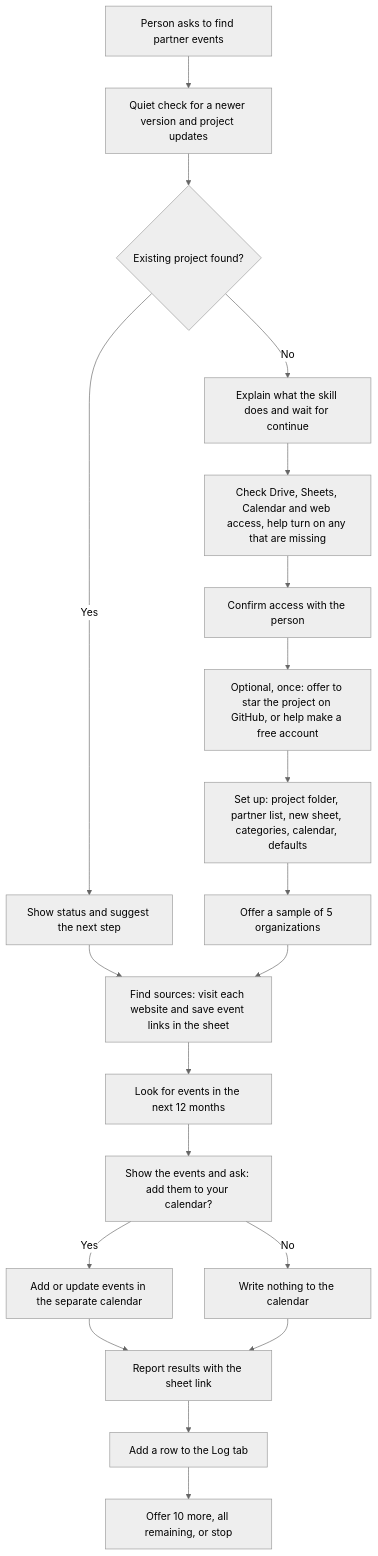
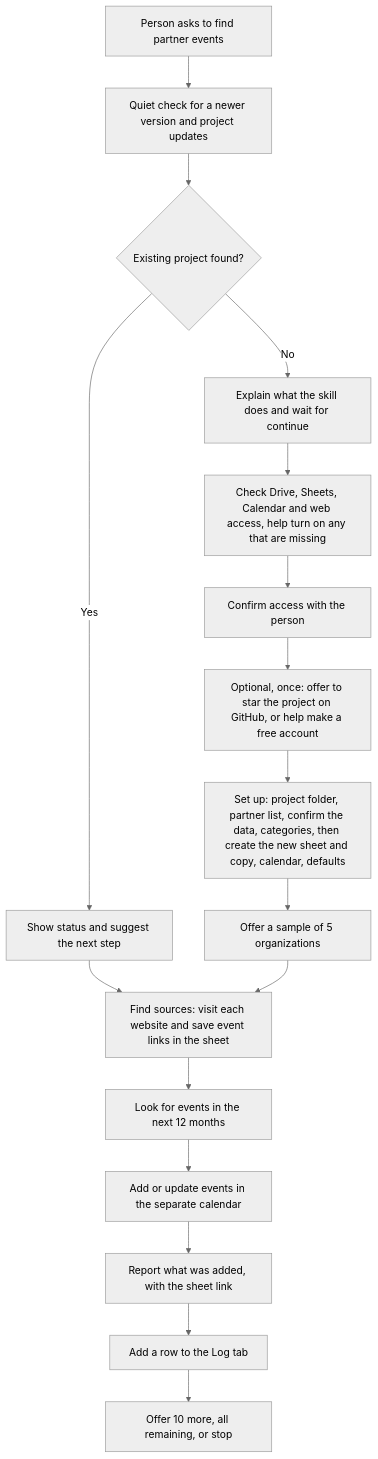
The diagram in docs/skills/partner-event-finder.md (tejitpabari99/tejit-non-profit-mkt), drawn with Mermaid (neutral theme) before and after one commit. The commit also changed other lines of this file and 33 other files, not shown here.

First line of the commit message:
Add nonprofit guide PDF and improve onboarding, calendar and feedback flows (0.1.2) (#4)

````diff
--- a/docs/skills/partner-event-finder.md
+++ b/docs/skills/partner-event-finder.md
@@ -11,22 +11,19 @@
 ```mermaid
 flowchart TD
     A["Person asks to find partner events"] --> B["Quiet check for a newer version and project updates"]
     B --> C{"Existing project found?"}
     C -- No --> D["Explain what the skill does and wait for continue"]
     D --> E["Check Drive, Sheets, Calendar and web access, help turn on any that are missing"]
     E --> F["Confirm access with the person"]
     F --> F2["Optional, once: offer to star the project on GitHub, or help make a free account"]
-    F2 --> G["Set up: project folder, partner list, new sheet, categories, calendar, defaults"]
+    F2 --> G["Set up: project folder, partner list, confirm the data, categories, then create the new sheet and copy, calendar, defaults"]
     G --> H["Offer a sample of 5 organizations"]
     C -- Yes --> I["Show status and suggest the next step"]
     I --> J
     H --> J["Find sources: visit each website and save event links in the sheet"]
     J --> K["Look for events in the next 12 months"]
-    K --> L["Show the events and ask: add them to your calendar?"]
-    L -- Yes --> M["Add or update events in the separate calendar"]
-    L -- No --> N["Write nothing to the calendar"]
-    M --> O["Report results with the sheet link"]
-    N --> O
+    K --> M["Add or update events in the separate calendar"]
+    M --> O["Report what was added, with the sheet link"]
     O --> P["Add a row to the Log tab"]
     P --> Q["Offer 10 more, all remaining, or stop"]
 ```
````
